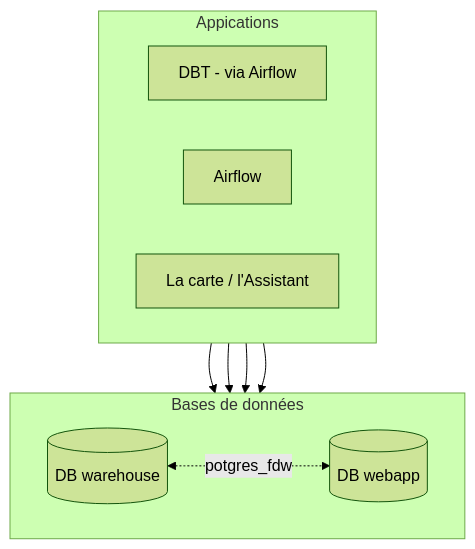
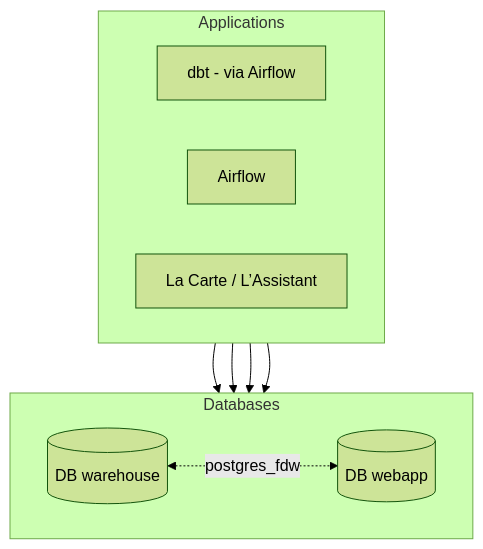
The diagram in docs/reference/db/db_organisation.md (incubateur-ademe/quefairedemesobjets), drawn with Mermaid (forest theme) before and after one commit. The commit also changed other lines of this file and 1393 other files, not shown here.

````diff
--- a/docs/reference/db/db_organisation.md
+++ b/docs/reference/db/db_organisation.md
@@ -24,19 +24,19 @@
 ```mermaid
 graph TB
-    subgraph ide2 [Appications]
+    subgraph ide2 [Applications]
         direction LR
-        A[DBT - via Airflow]
+        A[dbt - via Airflow]
         B[Airflow]
-        C[La carte / l'Assistant]
+        C[La Carte / L’Assistant]
     end
-    subgraph ide1 [Bases de données]
+    subgraph ide1 [Databases]
         direction LR
         D[(DB warehouse)]
         E[(DB webapp)]
-        D <-. potgres_fdw .-> E
+        D <-. postgres_fdw .-> E
     end
-    A[DBT - via Airflow] --> D
+    A[dbt - via Airflow] --> D
     B[Airflow] --> D
     B[Airflow] --> E
-    C[La carte / l'Assistant] --> E
+    C[La Carte / L’Assistant] --> E
 ```
````
